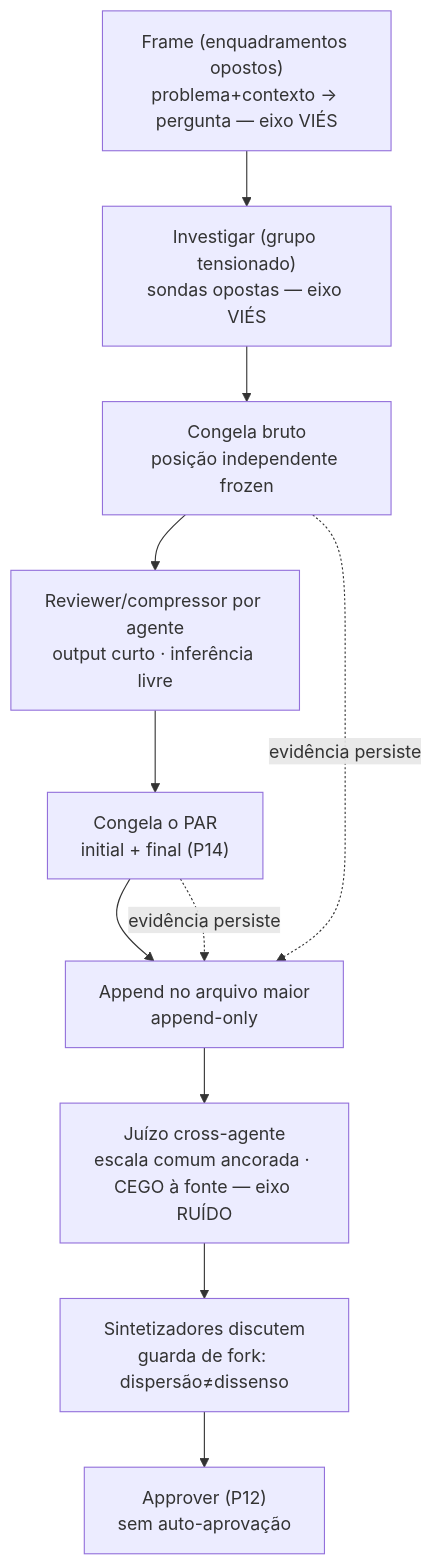
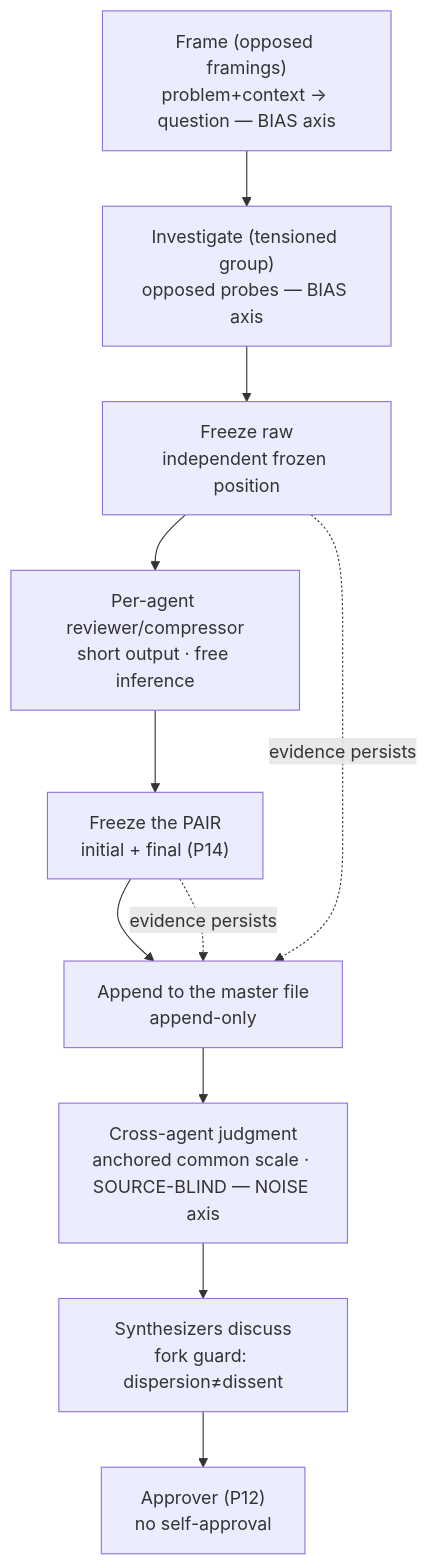
One commit to VictorBoscaro/cyberalchemy-orchestrator changed the diagram in vault/hypothesis/orquestracao-anti-ruido.md. Above: the diagram before and after it, drawn with Mermaid. The commit also changed other lines of this file and 10 other files, not shown here.

````diff
--- a/vault/hypothesis/orquestracao-anti-ruido.md
+++ b/vault/hypothesis/orquestracao-anti-ruido.md
@@ -210,13 +230,13 @@
 ```mermaid
 flowchart TD
-    F0["Frame (enquadramentos opostos)<br/>problema+contexto → pergunta — eixo VIÉS"] --> A
-    A["Investigar (grupo tensionado)<br/>sondas opostas — eixo VIÉS"] --> B["Congela bruto<br/>posição independente frozen"]
-    B --> C["Reviewer/compressor por agente<br/>output curto · inferência livre"]
-    C --> D["Congela o PAR<br/>initial + final (P14)"]
-    D --> E["Append no arquivo maior<br/>append-only"]
-    E --> F["Juízo cross-agente<br/>escala comum ancorada · CEGO à fonte — eixo RUÍDO"]
-    F --> G["Sintetizadores discutem<br/>guarda de fork: dispersão≠dissenso"]
-    G --> H["Approver (P12)<br/>sem auto-aprovação"]
-    B -. evidência persiste .-> E
-    D -. evidência persiste .-> E
+    F0["Frame (opposed framings)<br/>problem+context → question — BIAS axis"] --> A
+    A["Investigate (tensioned group)<br/>opposed probes — BIAS axis"] --> B["Freeze raw<br/>independent frozen position"]
+    B --> C["Per-agent reviewer/compressor<br/>short output · free inference"]
+    C --> D["Freeze the PAIR<br/>initial + final (P14)"]
+    D --> E["Append to the master file<br/>append-only"]
+    E --> F["Cross-agent judgment<br/>anchored common scale · SOURCE-BLIND — NOISE axis"]
+    F --> G["Synthesizers discuss<br/>fork guard: dispersion≠dissent"]
+    G --> H["Approver (P12)<br/>no self-approval"]
+    B -. evidence persists .-> E
+    D -. evidence persists .-> E
 ```
````
